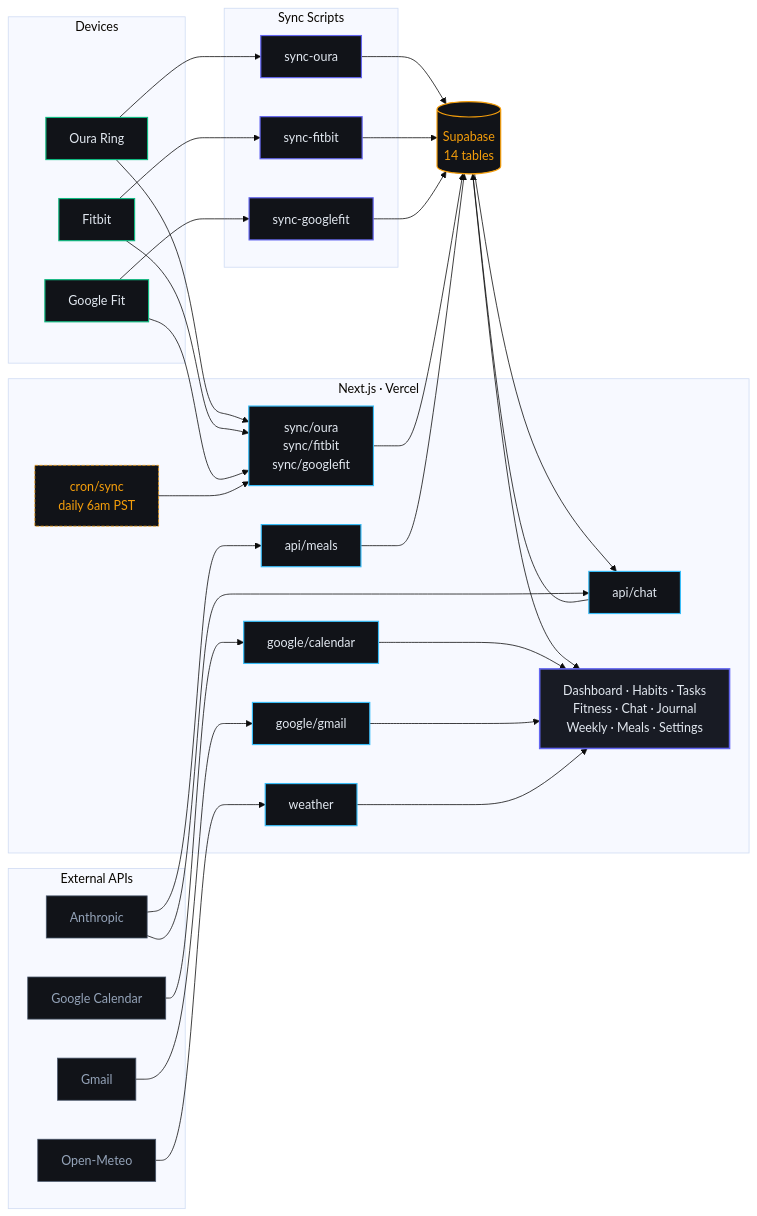
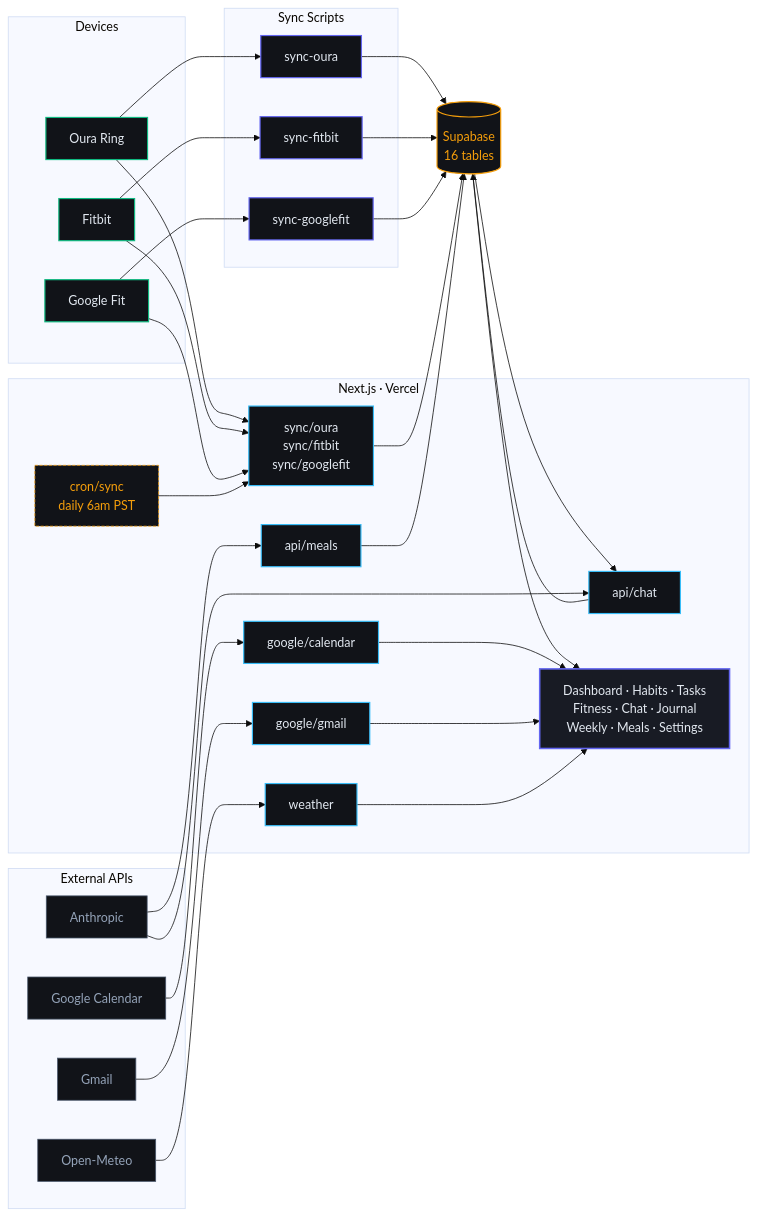
Before and after one commit to Theioz/mr-bridge-assistant: the diagram in README.md, drawn with Mermaid (base theme). The commit also changed other lines of this file and 28 other files, not shown here.

````diff
--- a/README.md
+++ b/README.md
@@ -7,69 +7,69 @@
 ```mermaid
 flowchart LR
     subgraph devices["Devices"]
         oura["Oura Ring"]
         fitbit["Fitbit"]
         gfit["Google Fit"]
     end
 
     subgraph scripts["Sync Scripts"]
         so["sync-oura"]
         sf["sync-fitbit"]
         sg["sync-googlefit"]
     end
 
-    db[("Supabase\n14 tables")]
+    db[("Supabase\n16 tables")]
 
     subgraph web["Next.js · Vercel"]
         cron["cron/sync\ndaily 6am PST"]
         rs["sync/oura\nsync/fitbit\nsync/googlefit"]
         rc["api/chat"]
         rm["api/meals"]
         rw["weather"]
         rcal["google/calendar"]
         rmail["google/gmail"]
         pg["Dashboard · Habits · Tasks\nFitness · Chat · Journal\nWeekly · Meals · Settings"]
     end
 
     subgraph ext["External APIs"]
         cl["Anthropic"]
         gc["Google Calendar"]
         gm["Gmail"]
         om["Open-Meteo"]
     end
 
     classDef device   fill:#111318,stroke:#10B981,color:#E2E8F0,stroke-width:1.5px
     classDef script   fill:#111318,stroke:#6366F1,color:#E2E8F0,stroke-width:1.5px
     classDef storage  fill:#111318,stroke:#F59E0B,color:#F59E0B,stroke-width:1.5px
     classDef route    fill:#111318,stroke:#38BDF8,color:#E2E8F0,stroke-width:1.5px
     classDef page     fill:#181B24,stroke:#6366F1,color:#E2E8F0,stroke-width:2px
     classDef extapi   fill:#111318,stroke:#475569,color:#94A3B8,stroke-width:1px
     classDef cron     fill:#111318,stroke:#F59E0B,color:#F59E0B,stroke-width:1px,stroke-dasharray:4 2
 
     class oura,fitbit,gfit device
     class so,sf,sg script
     class db storage
     class rs,rc,rm,rw,rcal,rmail route
     class pg page
     class cl,gc,gm,om extapi
     class cron cron
 
     oura --> so --> db
     fitbit --> sf --> db
     gfit --> sg --> db
 
     oura & fitbit & gfit --> rs --> db
     cron --> rs
 
     db --> pg
     db --> rc
     rc --> db
     rm --> db
 
     cl --> rc
     cl --> rm
     gc --> rcal --> pg
     gm --> rmail --> pg
     rw --> pg
     om --> rw
 ```
````
